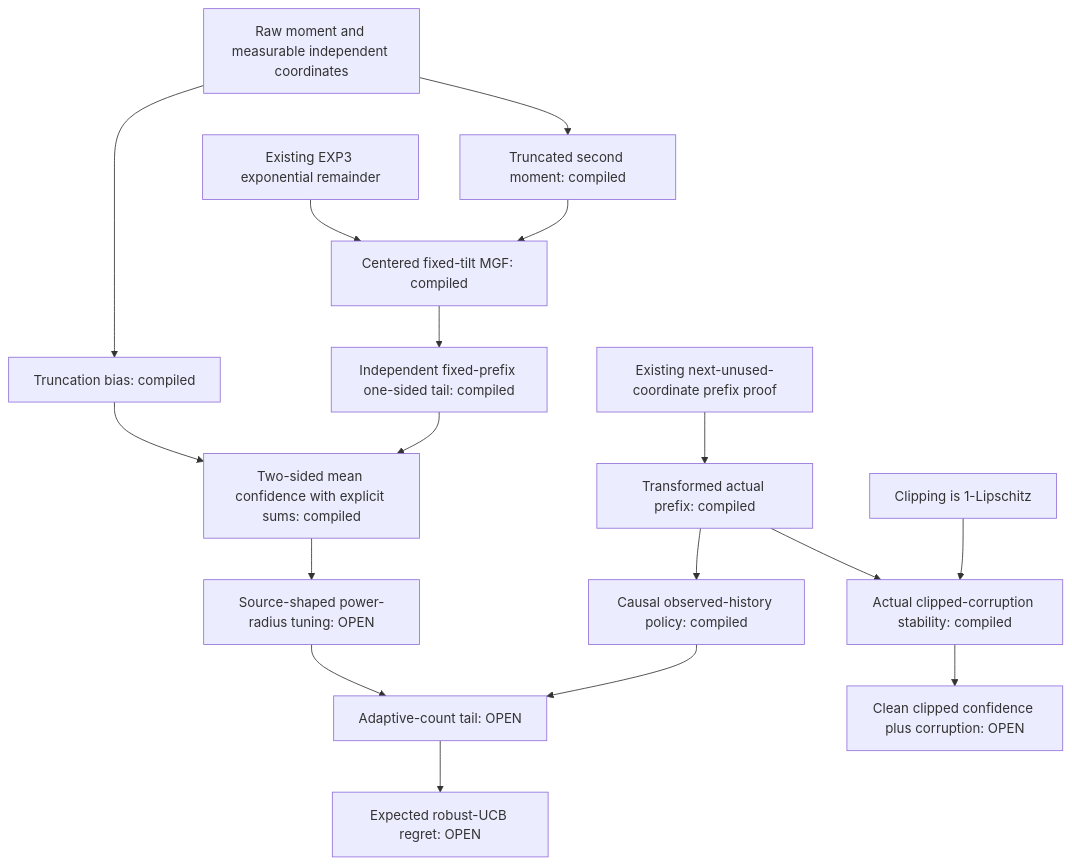
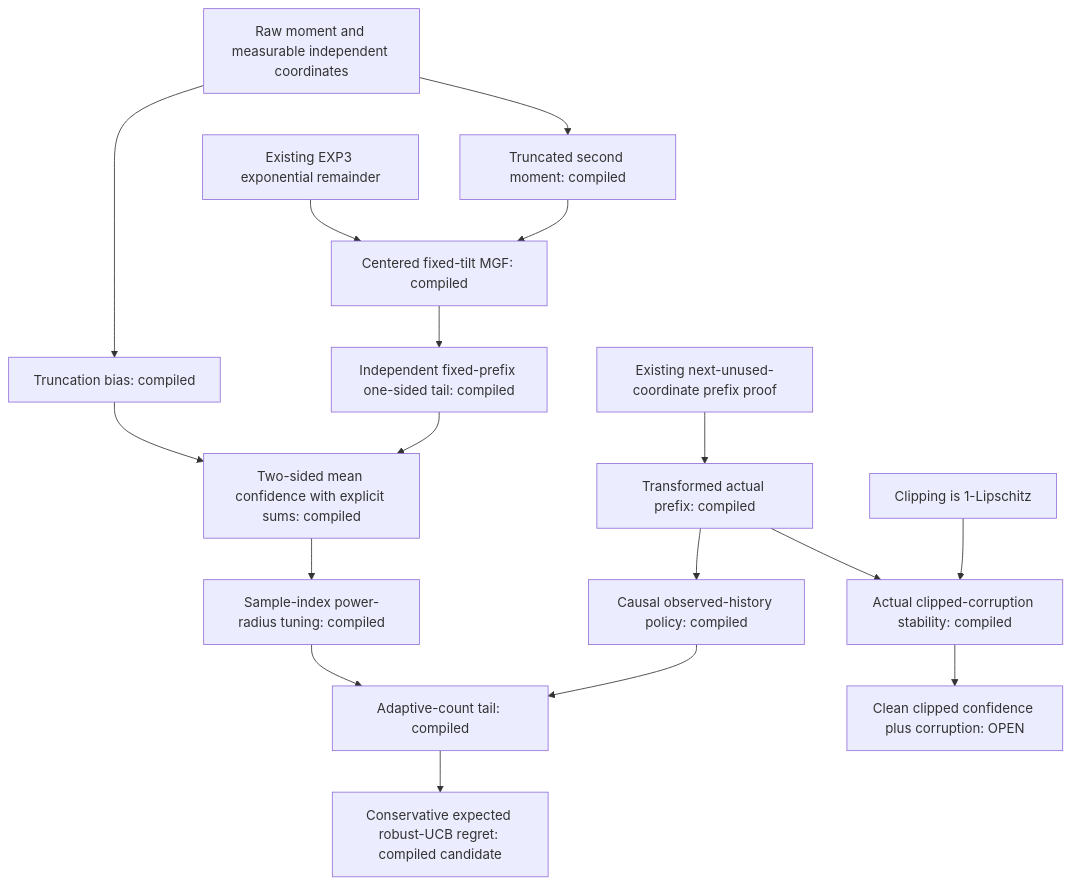
Before and after one commit to DakeBU/Auto-Bandit-RL-Proof-In-Sleep: the diagram in docs/extended-topics/OBLIGATIONS.md, drawn with Mermaid. The commit also changed 14 other files, not shown here.

Commit message:
Close conservative raw-moment robust UCB expected regret

````diff
--- a/docs/extended-topics/OBLIGATIONS.md
+++ b/docs/extended-topics/OBLIGATIONS.md
@@ -3,19 +3,19 @@
 ```mermaid
 flowchart TD
   M[Raw moment and measurable independent coordinates] --> B[Truncation bias: compiled]
   M --> V[Truncated second moment: compiled]
   V --> G[Centered fixed-tilt MGF: compiled]
   E[Existing EXP3 exponential remainder] --> G
   G --> T[Independent fixed-prefix one-sided tail: compiled]
   B --> U[Two-sided mean confidence with explicit sums: compiled]
   T --> U
   H[Existing next-unused-coordinate prefix proof] --> P[Transformed actual prefix: compiled]
   P --> H2[Causal observed-history policy: compiled]
-  H2 --> A[Adaptive-count tail: OPEN]
-  U --> S[Source-shaped power-radius tuning: OPEN]
+  H2 --> A[Adaptive-count tail: compiled]
+  U --> S[Sample-index power-radius tuning: compiled]
   S --> A
-  A --> R[Expected robust-UCB regret: OPEN]
+  A --> R[Conservative expected robust-UCB regret: compiled candidate]
   P --> C[Actual clipped-corruption stability: compiled]
   L[Clipping is 1-Lipschitz] --> C
   C --> Q[Clean clipped confidence plus corruption: OPEN]
 ```
````
